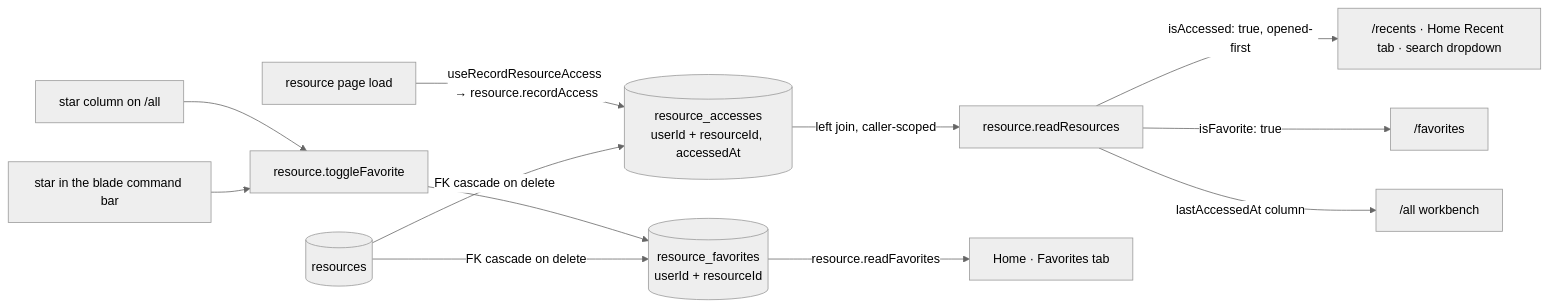
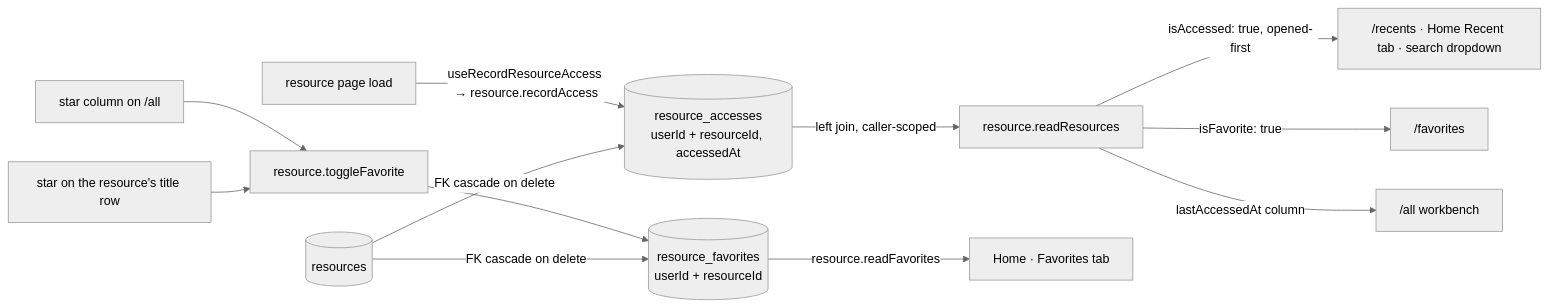
The diagram in apps/web/content/docs/resource/favorites-and-recents.md (Esposter/Esposter), drawn with Mermaid (neutral theme) before and after one commit. The commit also changed 40 other files, not shown here.

````diff
--- a/apps/web/content/docs/resource/favorites-and-recents.md
+++ b/apps/web/content/docs/resource/favorites-and-recents.md
@@ -18,14 +18,14 @@
 ```mermaid
 flowchart LR
   OPEN["resource page load"] -->|"useRecordResourceAccess → resource.recordAccess"| ACC[("resource_accesses<br/>userId + resourceId, accessedAt")]
   ACC -->|"left join, caller-scoped"| READ["resource.readResources"]
   READ -->|"isAccessed: true, opened-first"| RECENT["/recents · Home Recent tab · search dropdown"]
   READ -->|"isFavorite: true"| FLIST["/favorites"]
   READ -->|"lastAccessedAt column"| ALL["/all workbench"]
   STARL["star column on /all"] --> TGL["resource.toggleFavorite"]
-  STARB["star in the blade command bar"] --> TGL
+  STARB["star on the resource's title row"] --> TGL
   TGL --> FAV[("resource_favorites<br/>userId + resourceId")]
   FAV -->|resource.readFavorites| FTAB["Home · Favorites tab"]
   RES[("resources")] -->|FK cascade on delete| FAV
   RES -->|FK cascade on delete| ACC
 ```
````
